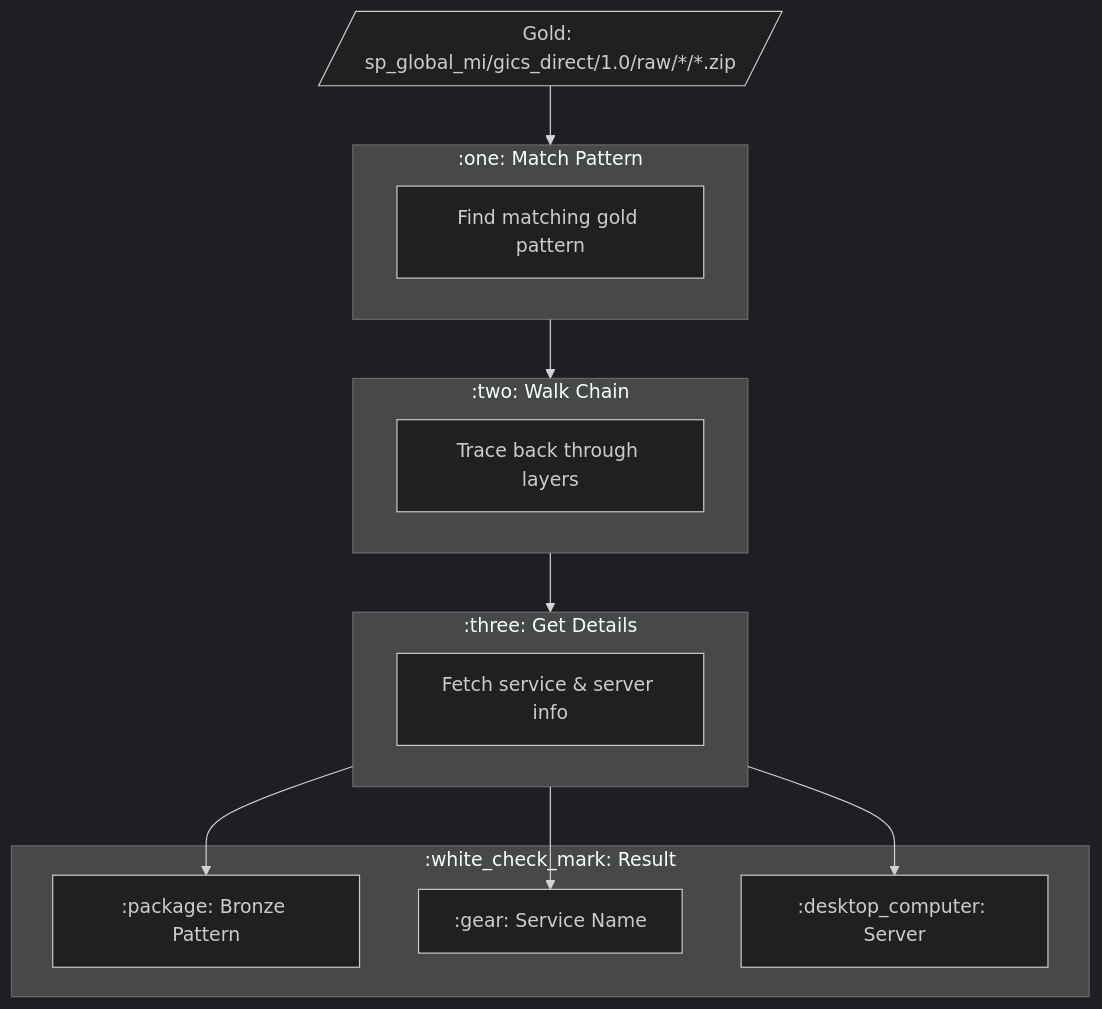
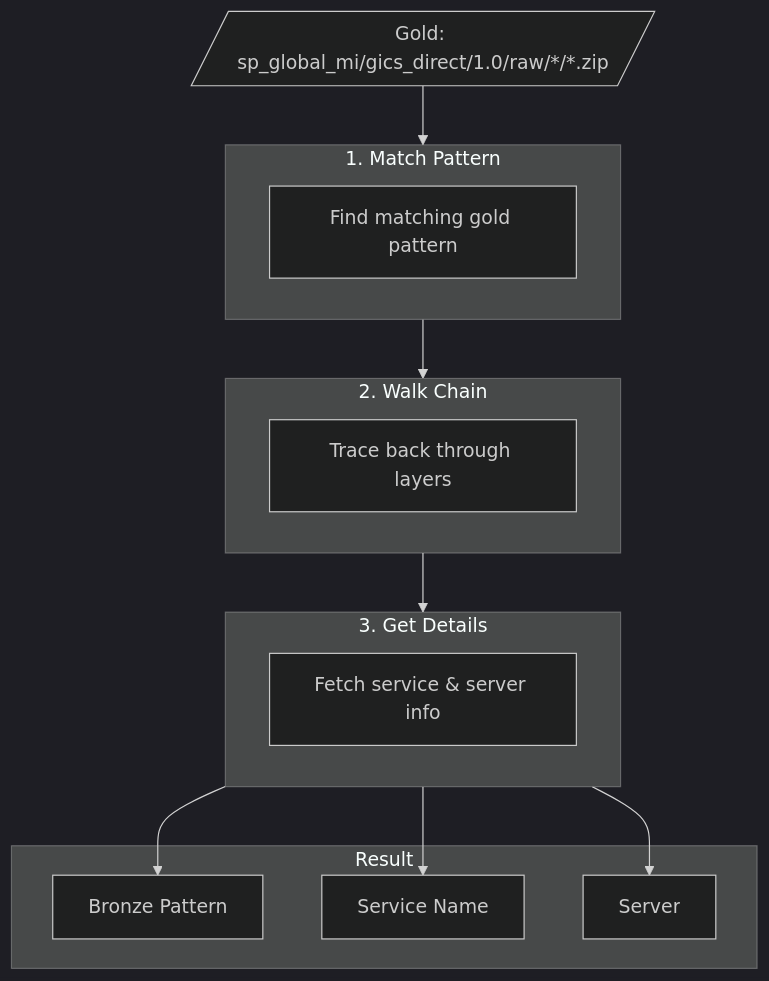
One commit to ThanuMahee12/AgentContext changed the fifth of 22 diagrams in docs/brainstorms/investigation-db.md. Above: the diagram before and after it, drawn with Mermaid (dark theme). The commit also changed other lines of this file, not shown here.

Commit message:
docs: remove emoji shortcodes from mermaid diagrams

````diff
--- a/docs/brainstorms/investigation-db.md
+++ b/docs/brainstorms/investigation-db.md
@@ -108,27 +108,27 @@
 ```mermaid
 flowchart TD
     INPUT[/"Gold: sp_global_mi/gics_direct/1.0/raw/*/*.zip"/]
 
-    subgraph Step1[":one: Match Pattern"]
+    subgraph Step1["1. Match Pattern"]
         MATCH["Find matching gold pattern"]
     end
 
-    subgraph Step2[":two: Walk Chain"]
+    subgraph Step2["2. Walk Chain"]
         CHAIN["Trace back through layers"]
     end
 
-    subgraph Step3[":three: Get Details"]
+    subgraph Step3["3. Get Details"]
         DETAILS["Fetch service & server info"]
     end
 
-    subgraph Result[":white_check_mark: Result"]
-        R1[":package: Bronze Pattern"]
-        R2[":gear: Service Name"]
-        R3[":desktop_computer: Server"]
+    subgraph Result["Result"]
+        R1["Bronze Pattern"]
+        R2["Service Name"]
+        R3["Server"]
     end
 
     INPUT --> Step1
     Step1 --> Step2
     Step2 --> Step3
     Step3 --> R1 & R2 & R3
 ```
````
